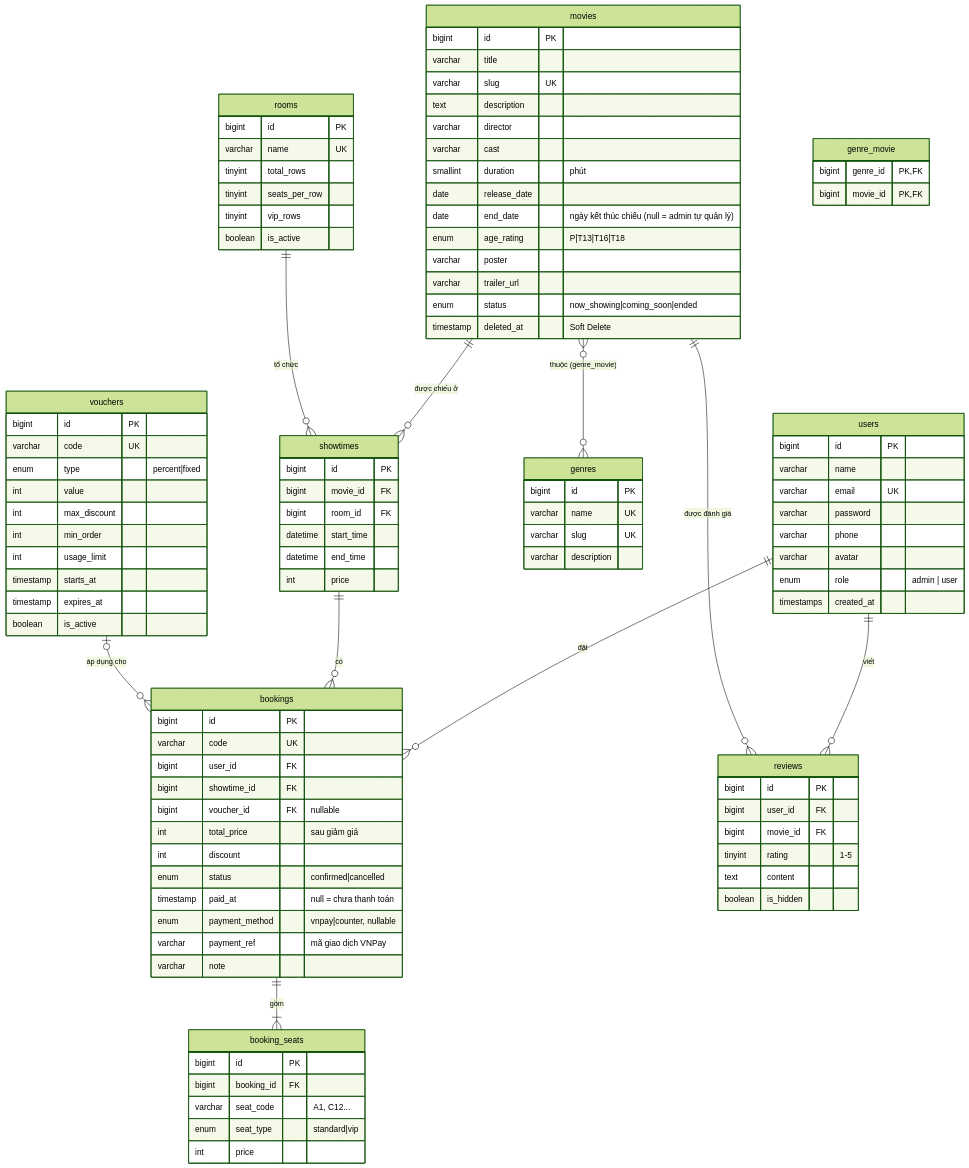
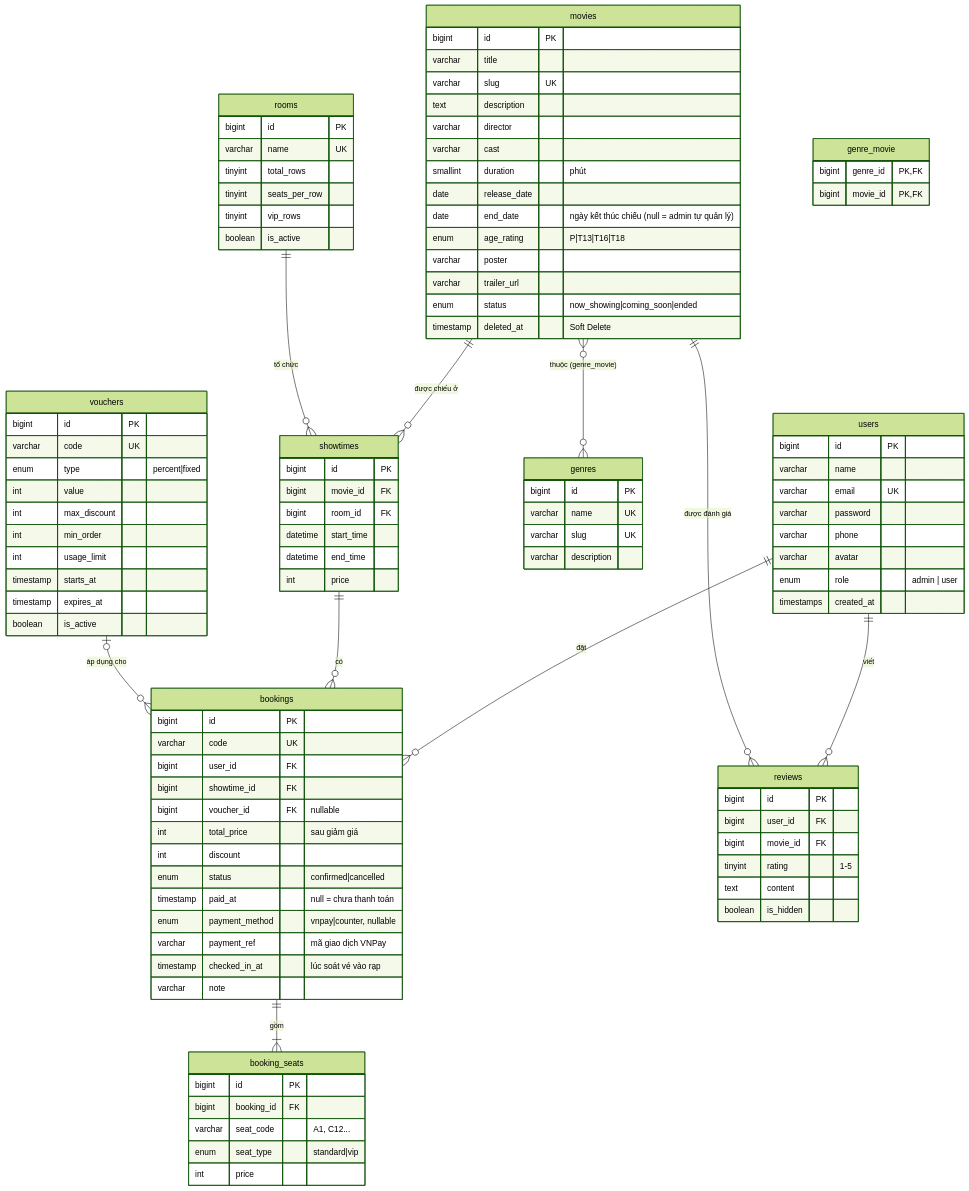
The first of 2 diagrams in docs/THIET_KE.md (Leanhoangy/CineBook), drawn with Mermaid (forest theme) before and after one commit. The commit also changed other lines of this file and 19 other files, not shown here.

Commit message:
Trang Soát vé cho admin: quét QR vé bằng camera hoặc nhập mã, thu tiền tại quầy và cho vào rạp, chặn vé quét lần 2

```diff
--- a/docs/THIET_KE.md
+++ b/docs/THIET_KE.md
@@ -92,6 +92,7 @@
         timestamp paid_at "null = chưa thanh toán"
         enum payment_method "vnpay|counter, nullable"
         varchar payment_ref "mã giao dịch VNPay"
+        timestamp checked_in_at "lúc soát vé vào rạp"
         varchar note
     }
     booking_seats {
```
